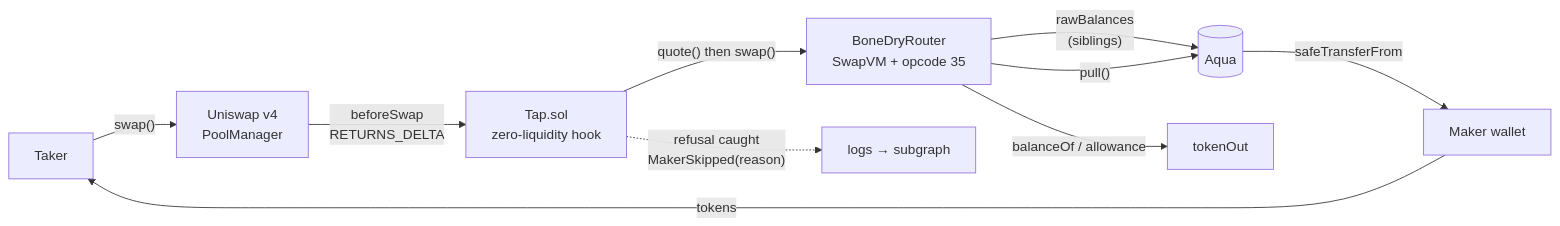
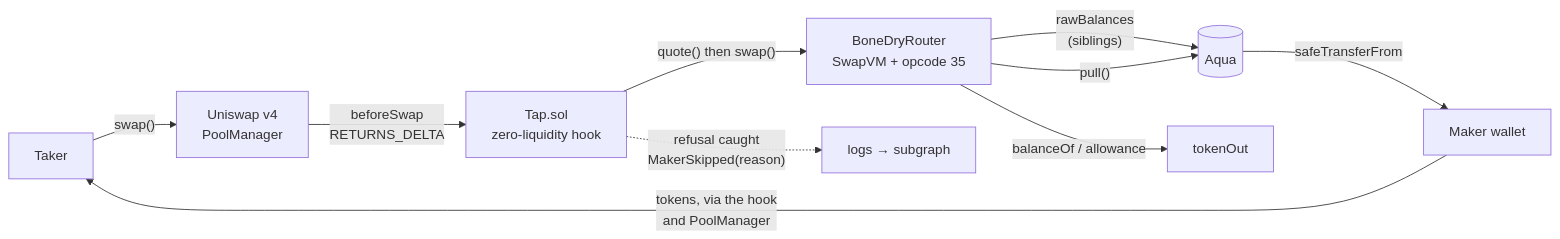
Before and after one commit to dhruv457457/Bone-Dry: the first of 2 diagrams in README.md, drawn with Mermaid. The commit also changed other lines of this file, not shown here.

````diff
--- a/README.md
+++ b/README.md
@@ -127,12 +130,12 @@
 ```mermaid
 flowchart LR
   T["Taker"] -->|"swap()"| PM["Uniswap v4<br/>PoolManager"]
   PM -->|"beforeSwap<br/>RETURNS_DELTA"| TAP["Tap.sol<br/>zero-liquidity hook"]
   TAP -->|"quote() then swap()"| R["BoneDryRouter<br/>SwapVM + opcode 35"]
   R -->|"rawBalances<br/>(siblings)"| AQ[("Aqua")]
   R -->|"balanceOf / allowance"| ERC["tokenOut"]
   R -->|"pull()"| AQ
   AQ -->|"safeTransferFrom"| W["Maker wallet"]
-  W -->|"tokens"| T
+  W -->|"tokens, via the hook<br/>and PoolManager"| T
   TAP -.->|"refusal caught<br/>MakerSkipped(reason)"| LOG["logs → subgraph"]
 ```
````
